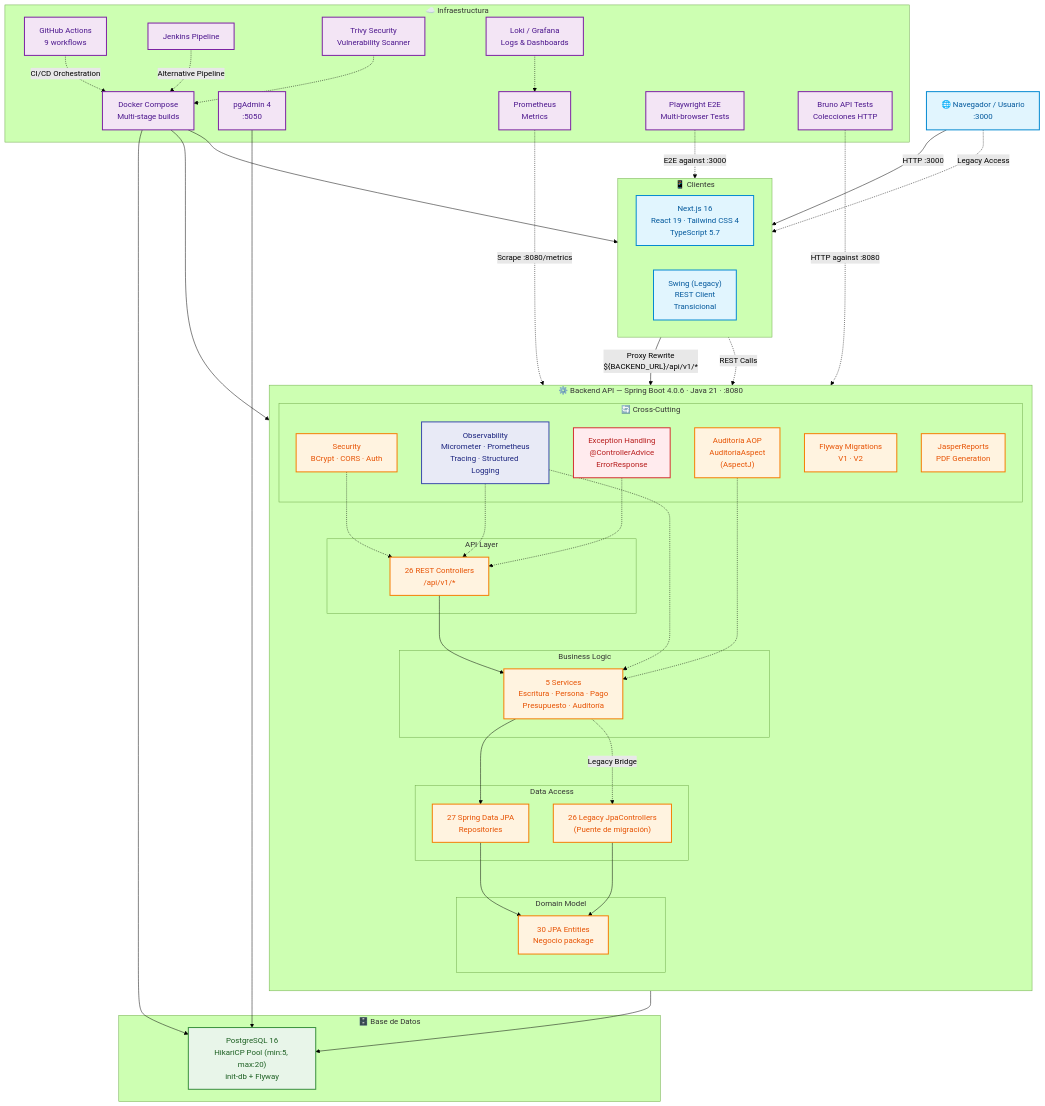
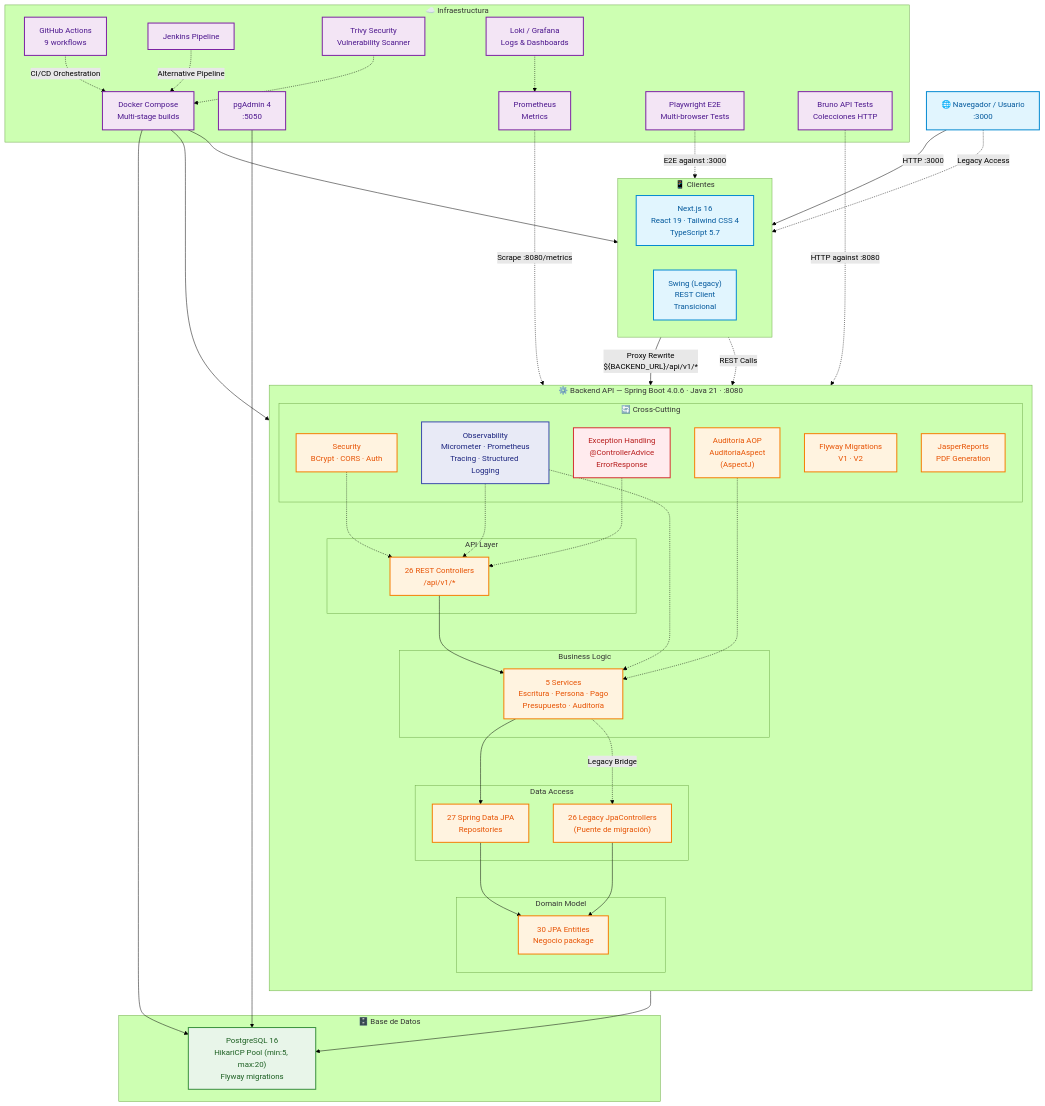
The first of 2 diagrams in README.md (matiaspakua/notaire), drawn with Mermaid (forest theme) before and after one commit. The commit also changed other lines of this file and 29 other files, not shown here.

```diff
--- a/README.md
+++ b/README.md
@@ -180,7 +180,7 @@
 
   %% ── DATABASE ──
   subgraph DB ["🗄️ Base de Datos"]
-    PG["PostgreSQL 16<br/>HikariCP Pool (min:5, max:20)<br/>init-db + Flyway"]:::data
+    PG["PostgreSQL 16<br/>HikariCP Pool (min:5, max:20)<br/>Flyway migrations"]:::data
   end
 
   %% ── INFRASTRUCTURE ──
```
